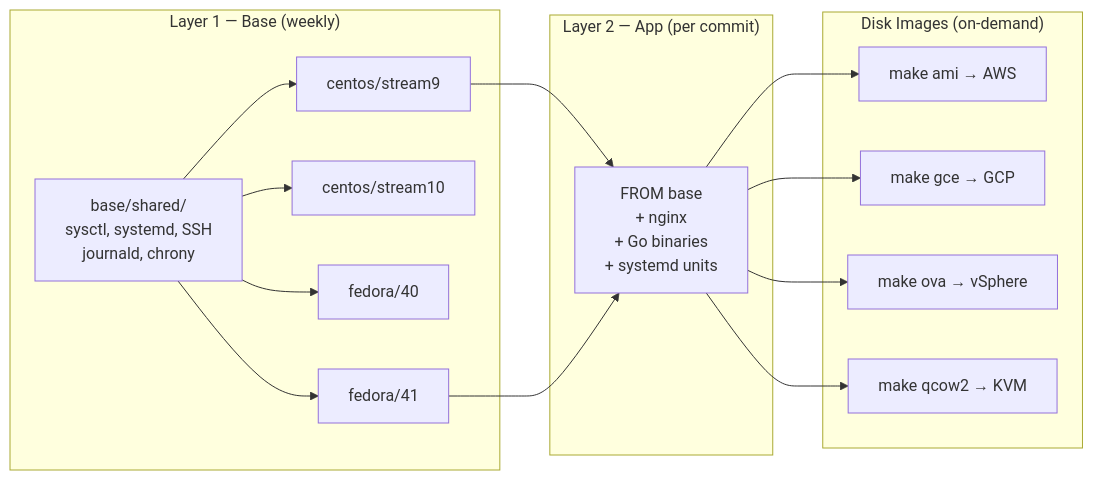
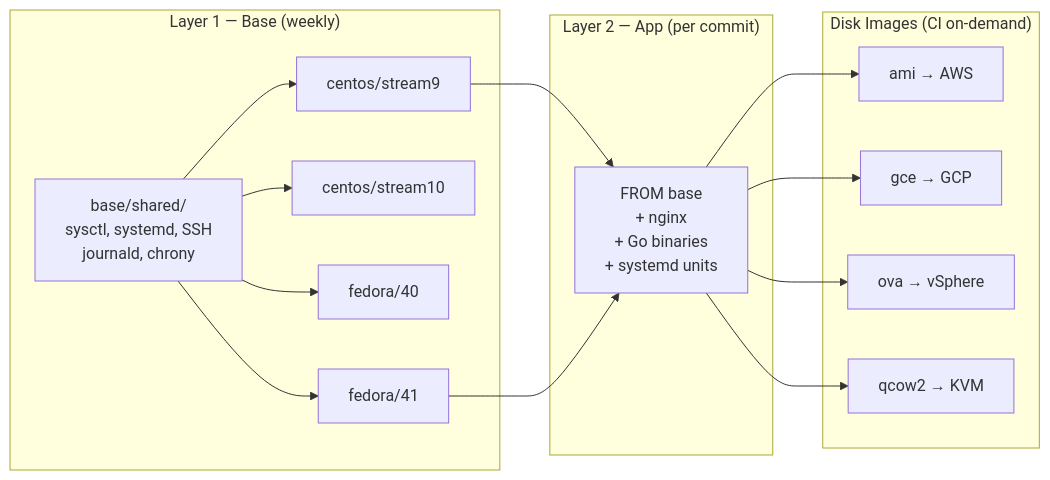
Before and after one commit to duyhenryer/bootc-testboot: the first of 2 diagrams in README.md, drawn with Mermaid. The commit also changed other lines of this file and 46 other files, not shown here.

````diff
--- a/README.md
+++ b/README.md
@@ -9,25 +9,25 @@
 ```mermaid
 flowchart LR
     subgraph layer1 ["Layer 1 — Base (weekly)"]
         BaseShared["base/shared/\nsysctl, systemd, SSH\njournald, chrony"]
         CentOS9["centos/stream9"]
         CentOS10["centos/stream10"]
         Fedora40["fedora/40"]
         Fedora41["fedora/41"]
         BaseShared --> CentOS9 & CentOS10 & Fedora40 & Fedora41
     end
 
     subgraph layer2 ["Layer 2 — App (per commit)"]
         AppBuild["FROM base\n+ nginx\n+ Go binaries\n+ systemd units"]
     end
 
-    subgraph disk ["Disk Images (on-demand)"]
-        AMI["make ami → AWS"]
-        GCE["make gce → GCP"]
-        OVA["make ova → vSphere"]
-        QCOW2["make qcow2 → KVM"]
+    subgraph disk ["Disk Images (CI on-demand)"]
+        AMI["ami → AWS"]
+        GCE["gce → GCP"]
+        OVA["ova → vSphere"]
+        QCOW2["qcow2 → KVM"]
     end
 
     CentOS9 & Fedora41 --> AppBuild
     AppBuild --> AMI & GCE & OVA & QCOW2
 ```
````
